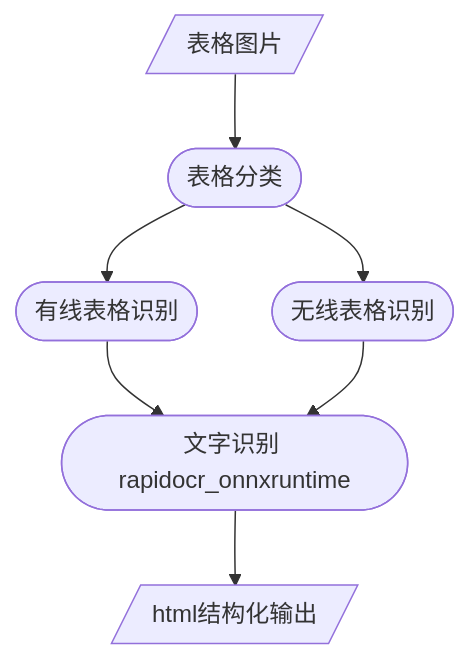
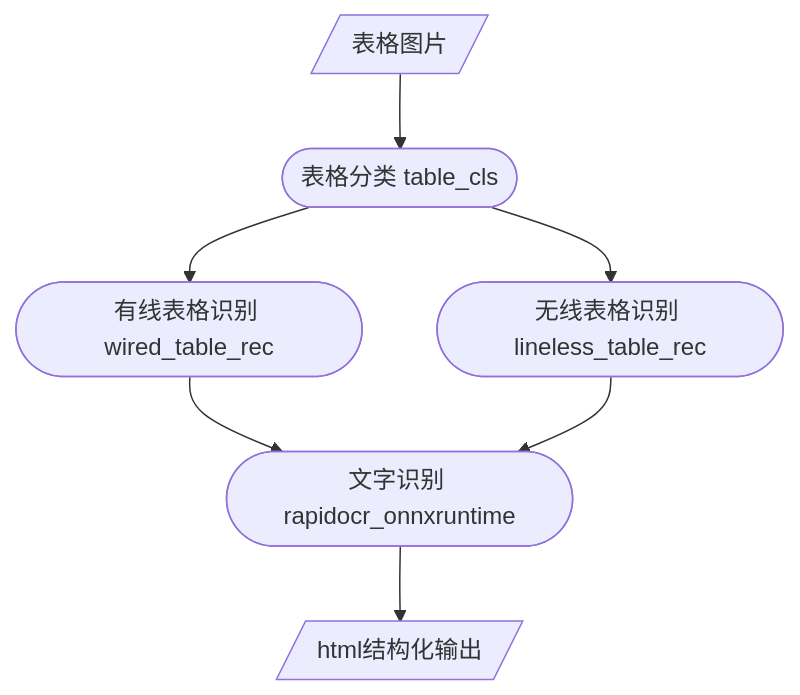
The diagram in README.md (RapidAI/TableStructureRec), drawn with Mermaid before and after one commit. The commit also changed other lines of this file and 1 other file, not shown here.

````diff
--- a/README.md
+++ b/README.md
@@ -103,6 +110,6 @@
 ```mermaid
 flowchart TD
-    A[/表格图片/] --> B([表格分类])
-    B --> C([有线表格识别]) & D([无线表格识别]) --> E([文字识别 rapidocr_onnxruntime])
+    A[/表格图片/] --> B([表格分类 table_cls])
+    B --> C([有线表格识别 wired_table_rec]) & D([无线表格识别 lineless_table_rec]) --> E([文字识别 rapidocr_onnxruntime])
     E --> F[/html结构化输出/]
 ```
````
